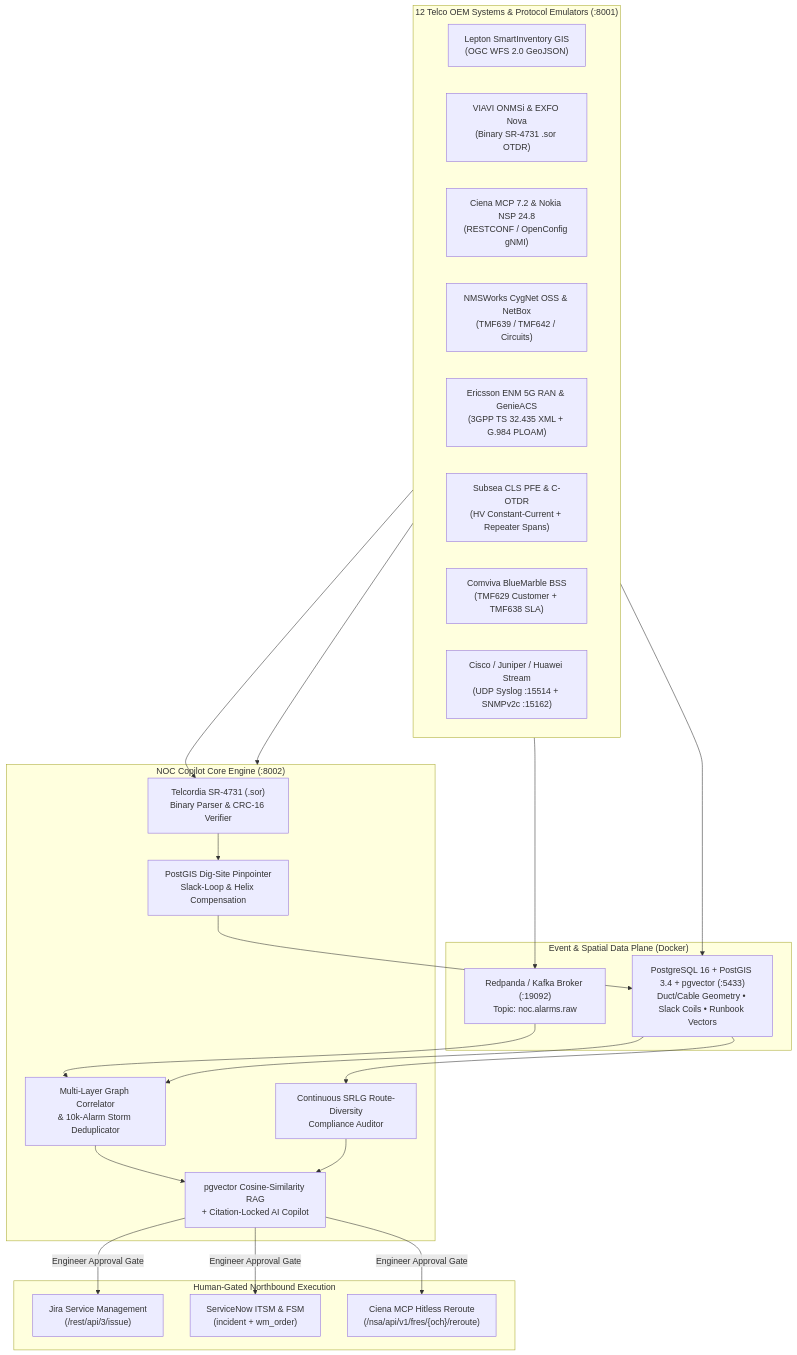
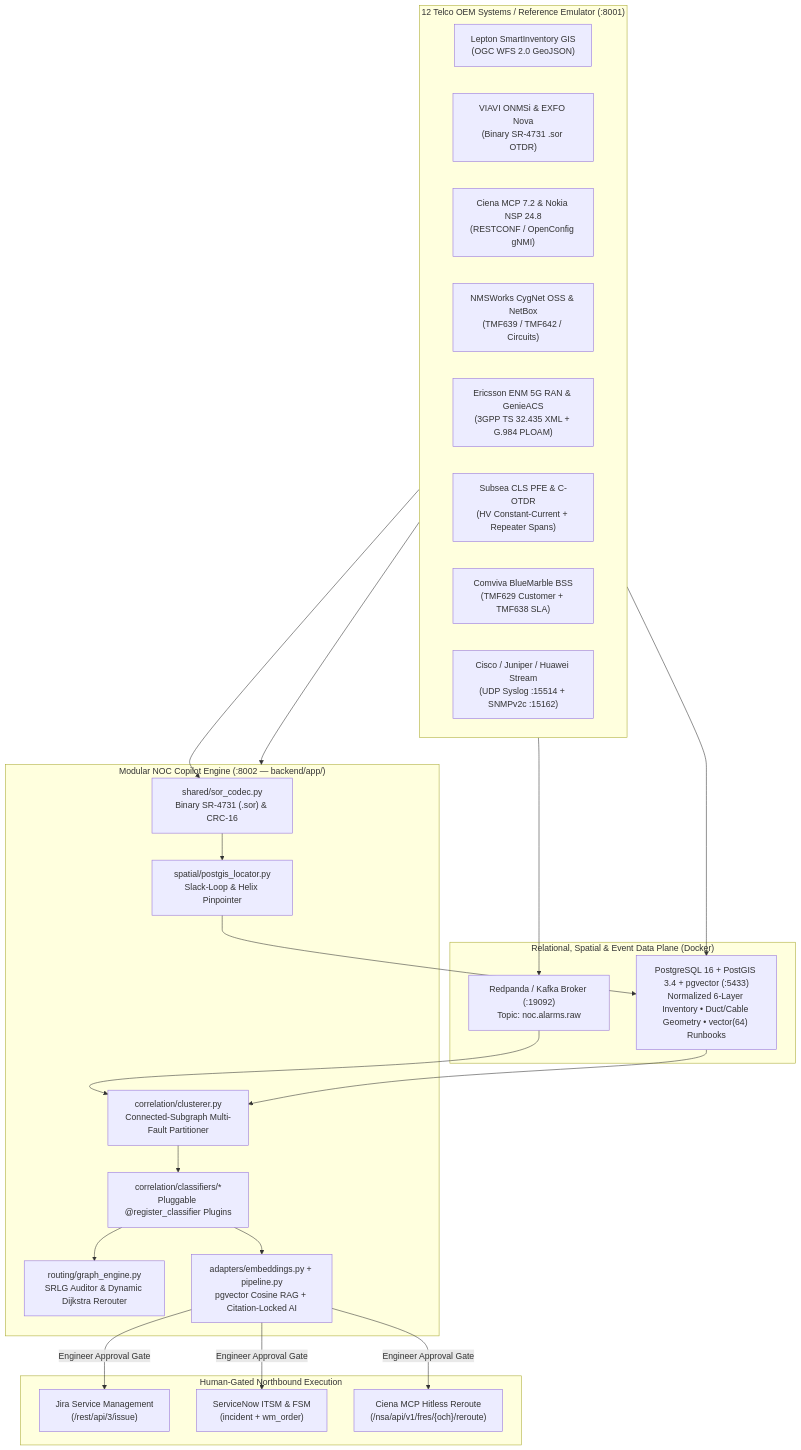
Before and after one commit to bhandiwad/netops: the diagram in README.md, drawn with Mermaid. The commit also changed other lines of this file and 50 other files, not shown here.

````diff
--- a/README.md
+++ b/README.md
@@ -15,44 +30,42 @@
 ```mermaid
 flowchart TB
-    subgraph Southbound["12 Telco OEM Systems & Protocol Emulators (:8001)"]
+    subgraph Southbound["12 Telco OEM Systems / Reference Emulator (:8001)"]
         direction LR
         GIS["Lepton SmartInventory GIS\n(OGC WFS 2.0 GeoJSON)"]
         OTDR["VIAVI ONMSi & EXFO Nova\n(Binary SR-4731 .sor OTDR)"]
         DWDM["Ciena MCP 7.2 & Nokia NSP 24.8\n(RESTCONF / OpenConfig gNMI)"]
         OSS["NMSWorks CygNet OSS & NetBox\n(TMF639 / TMF642 / Circuits)"]
         RAN["Ericsson ENM 5G RAN & GenieACS\n(3GPP TS 32.435 XML + G.984 PLOAM)"]
         SUBSEA["Subsea CLS PFE & C-OTDR\n(HV Constant-Current + Repeater Spans)"]
         BSS["Comviva BlueMarble BSS\n(TMF629 Customer + TMF638 SLA)"]
         WIRE["Cisco / Juniper / Huawei Stream\n(UDP Syslog :15514 + SNMPv2c :15162)"]
     end
 
-    subgraph Streaming["Event & Spatial Data Plane (Docker)"]
+    subgraph Streaming["Relational, Spatial & Event Data Plane (Docker)"]
         KAFKA["Redpanda / Kafka Broker (:19092)\nTopic: noc.alarms.raw"]
-        PG["PostgreSQL 16 + PostGIS 3.4 + pgvector (:5433)\nDuct/Cable Geometry • Slack Coils • Runbook Vectors"]
+        PG["PostgreSQL 16 + PostGIS 3.4 + pgvector (:5433)\nNormalized 6-Layer Inventory • Duct/Cable Geometry • vector(64) Runbooks"]
     end
 
-    subgraph Engine["NOC Copilot Core Engine (:8002)"]
-        SOR["Telcordia SR-4731 (.sor)\nBinary Parser & CRC-16 Verifier"]
-        LOC["PostGIS Dig-Site Pinpointer\nSlack-Loop & Helix Compensation"]
-        CORR["Multi-Layer Graph Correlator\n& 10k-Alarm Storm Deduplicator"]
-        SRLG["Continuous SRLG Route-Diversity\nCompliance Auditor"]
-        RAG["pgvector Cosine-Similarity RAG\n+ Citation-Locked AI Copilot"]
+    subgraph Engine["Modular NOC Copilot Engine (:8002 — backend/app/)"]
+        SOR["shared/sor_codec.py\nBinary SR-4731 (.sor) & CRC-16"]
+        LOC["spatial/postgis_locator.py\nSlack-Loop & Helix Pinpointer"]
+        CLUST["correlation/clusterer.py\nConnected-Subgraph Multi-Fault Partitioner"]
+        CLF["correlation/classifiers/*\nPluggable @register_classifier Plugins"]
+        GRAPH["routing/graph_engine.py\nSRLG Auditor & Dynamic Dijkstra Rerouter"]
+        RAG["adapters/embeddings.py + pipeline.py\npgvector Cosine RAG + Citation-Locked AI"]
     end
 
     subgraph Northbound["Human-Gated Northbound Execution"]
         JIRA["Jira Service Management\n(/rest/api/3/issue)"]
         SNOW["ServiceNow ITSM & FSM\n(incident + wm_order)"]
         MCP_ACT["Ciena MCP Hitless Reroute\n(/nsa/api/v1/fres/{och}/reroute)"]
     end
 
-    Southbound --> KAFKA
-    Southbound --> PG
+    Southbound --> KAFKA & PG
     WIRE --> Engine
-    KAFKA --> CORR
+    KAFKA --> CLUST
     OTDR --> SOR --> LOC --> PG
-    PG --> CORR --> RAG
-    PG --> SRLG --> RAG
-    RAG -->|Engineer Approval Gate| JIRA
-    RAG -->|Engineer Approval Gate| SNOW
-    RAG -->|Engineer Approval Gate| MCP_ACT
+    PG --> CLUST --> CLF
+    CLF --> GRAPH & RAG
+    RAG -->|Engineer Approval Gate| JIRA & SNOW & MCP_ACT
 ```
````
